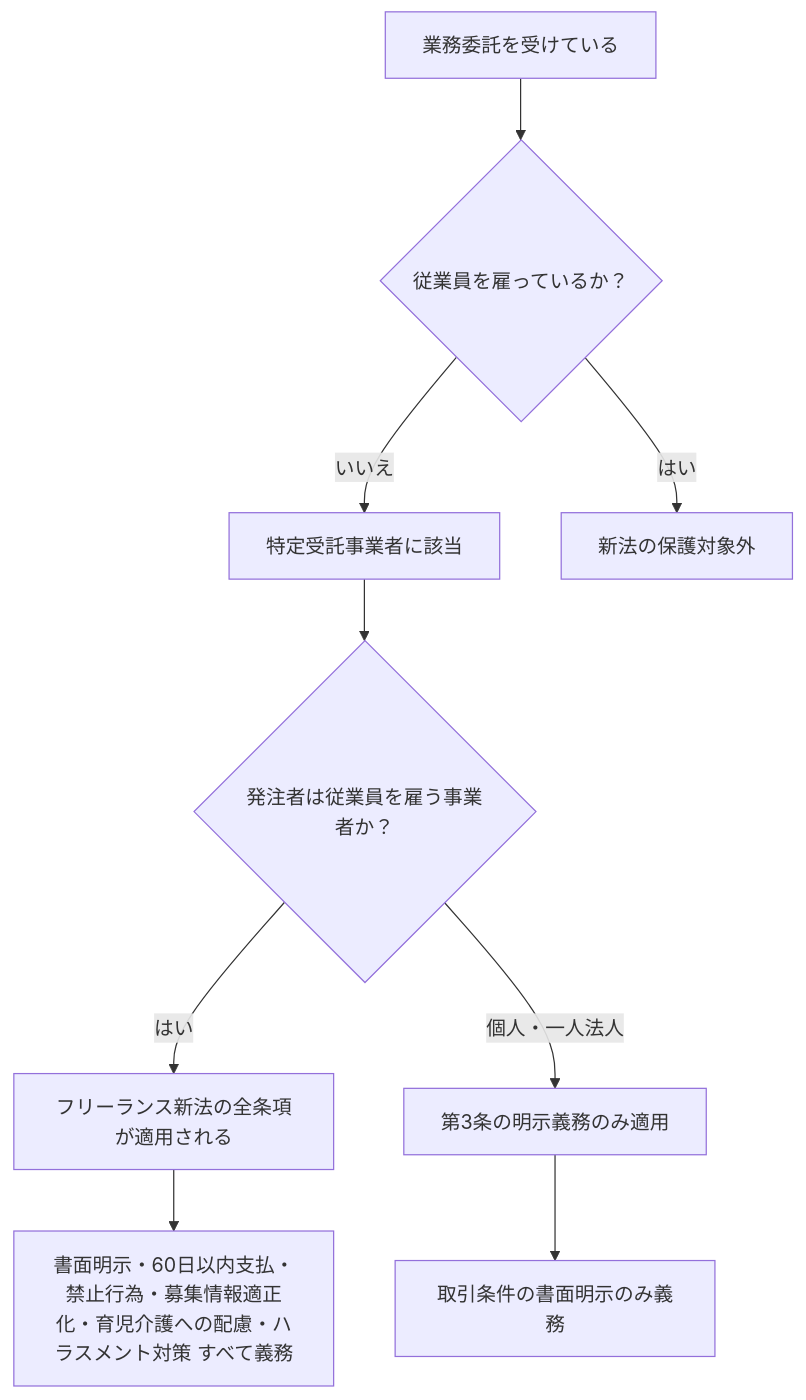
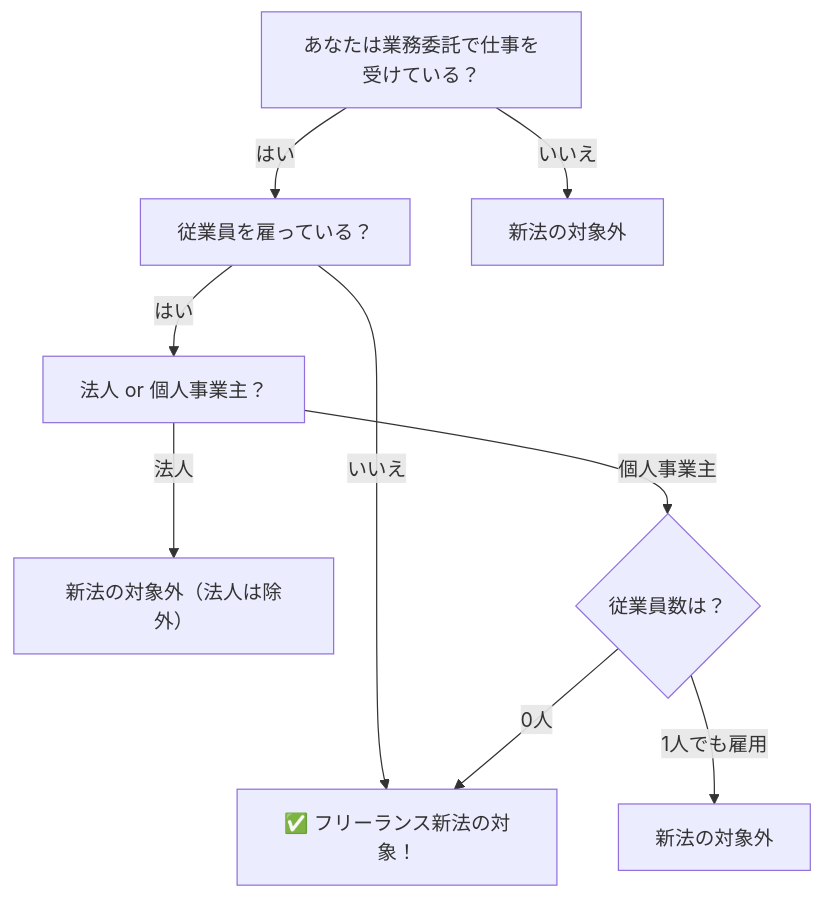
Before and after one commit to tukki-koh/freelance-articles: the diagram in 19_個人事業主とフリーランスの違い｜フリーランス新法の適用はどちらか.md, drawn with Mermaid. The commit also changed other lines of this file, not shown here.

````diff
--- a/19_個人事業主とフリーランスの違い｜フリーランス新法の適用はどちらか.md
+++ b/19_個人事業主とフリーランスの違い｜フリーランス新法の適用はどちらか.md
@@ -89,11 +29,11 @@
-```mermaid
+~~~mermaid
 flowchart TD
-    A[業務委託を受けている] --> B{従業員を雇っているか？}
-    B -->|いいえ| C[特定受託事業者に該当]
-    B -->|はい| D[新法の保護対象外]
-    C --> E{発注者は従業員を雇う事業者か？}
-    E -->|はい| F[フリーランス新法の全条項が適用される]
-    E -->|個人・一人法人| G[第3条の明示義務のみ適用]
-    F --> H[書面明示・60日以内支払・禁止行為・募集情報適正化・育児介護への配慮・ハラスメント対策 すべて義務]
-    G --> I[取引条件の書面明示のみ義務]
-```
+    A[あなたは業務委託で仕事を受けている？] -->|はい| B[従業員を雇っている？]
+    A -->|いいえ| Z[新法の対象外]
+    B -->|いいえ| C[✅ フリーランス新法の対象！]
+    B -->|はい| D[法人 or 個人事業主？]
+    D -->|法人| Z2[新法の対象外（法人は除外）]
+    D -->|個人事業主| E{従業員数は？}
+    E -->|1人でも雇用| Z3[新法の対象外]
+    E -->|0人| C
+~~~
````
